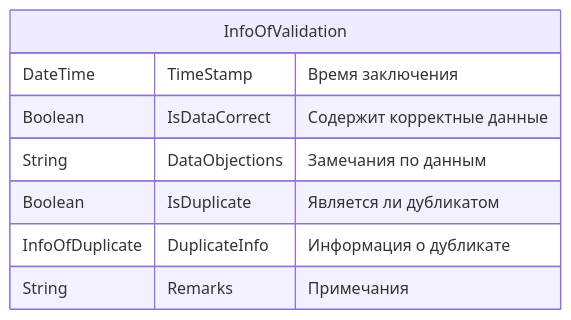
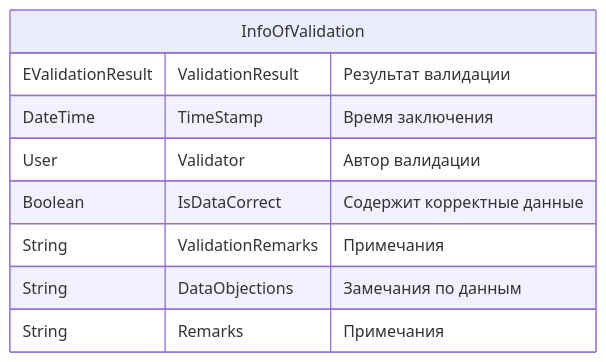
The third of 5 diagrams in Kusto/Documents/2313902__ContractorsCheck/DataModel.md (Zorin-Mykhailo/Kusto), drawn with Mermaid before and after one commit. The commit also changed other lines of this file, not shown here.

````diff
--- a/Kusto/Documents/2313902__ContractorsCheck/DataModel.md
+++ b/Kusto/Documents/2313902__ContractorsCheck/DataModel.md
@@ -38,11 +43,14 @@
 ```mermaid
 erDiagram
   InfoOfValidation {
+    EValidationResult ValidationResult "Результат валидации"
     DateTime TimeStamp "Время заключения"
+    User Validator "Автор валидации"
     Boolean IsDataCorrect "Содержит корректные данные"
+    
+    String ValidationRemarks "Примечания"
     String DataObjections "Замечания по данным"
-    Boolean IsDuplicate "Является ли дубликатом"
-    InfoOfDuplicate DuplicateInfo "Информация о дубликате"
+    
     String Remarks "Примечания"
   }
 ```
````
